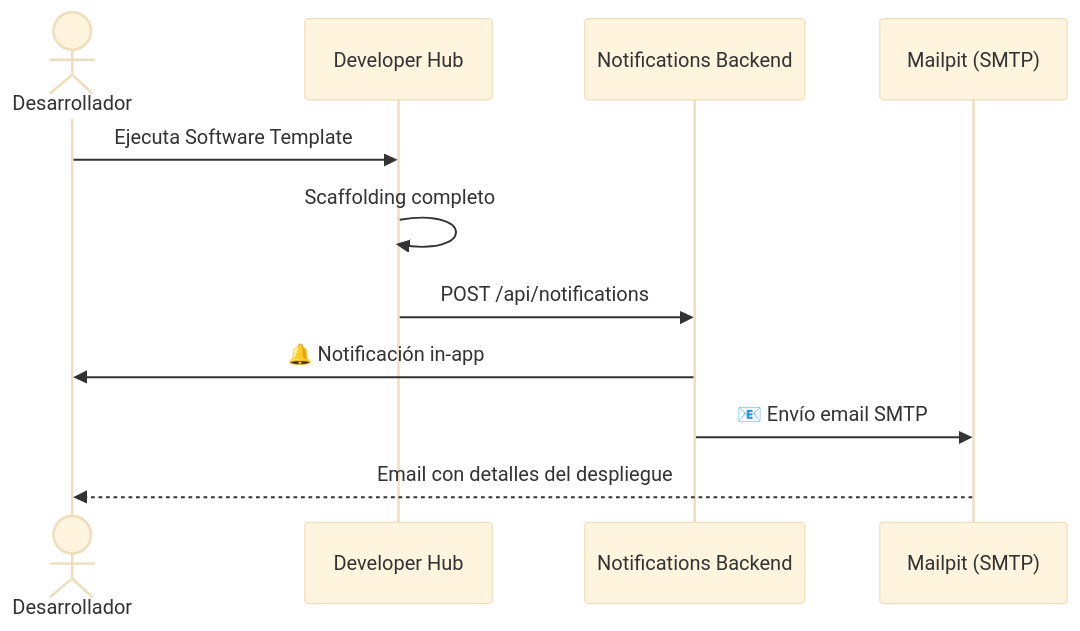
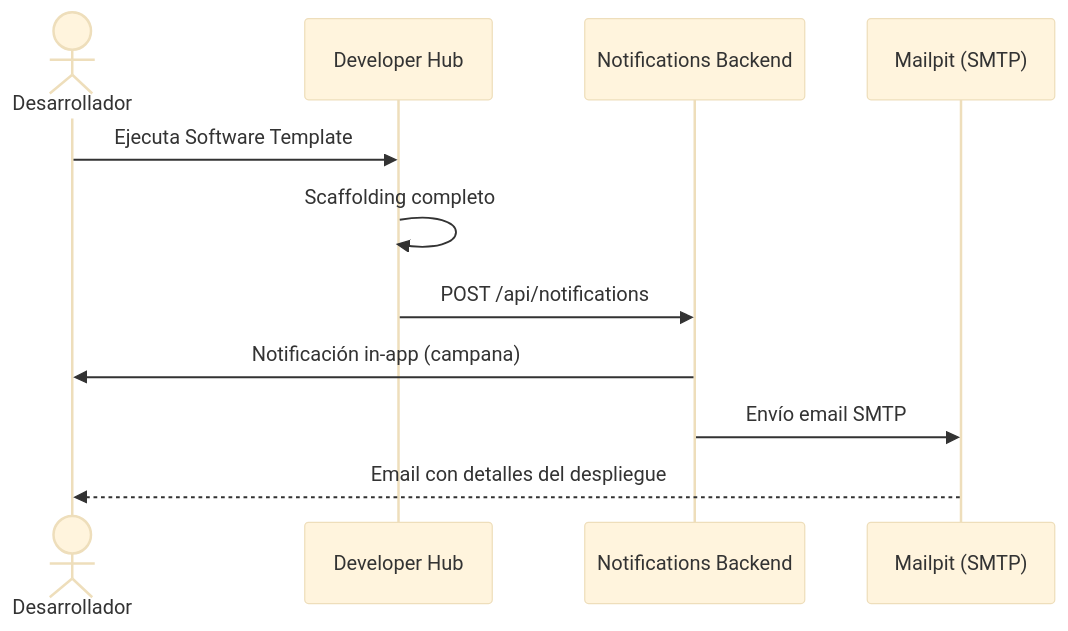
One commit to maximilianoPizarro/from-3scale-to-connectivity-link changed the second of 2 diagrams in docs/09-lightspeed-notifications.md. Above: the diagram before and after it, drawn with Mermaid (base theme). The commit also changed other lines of this file and 21 other files, not shown here.

````diff
--- a/docs/09-lightspeed-notifications.md
+++ b/docs/09-lightspeed-notifications.md
@@ -181,14 +97,14 @@
 ```mermaid
 sequenceDiagram
     actor Dev as Desarrollador
     participant Hub as Developer Hub
     participant Notif as Notifications Backend
     participant Mail as Mailpit (SMTP)
 
     Dev->>Hub: Ejecuta Software Template
     Hub->>Hub: Scaffolding completo
     Hub->>Notif: POST /api/notifications
-    Notif->>Dev: 🔔 Notificación in-app
-    Notif->>Mail: 📧 Envío email SMTP
+    Notif->>Dev: Notificación in-app (campana)
+    Notif->>Mail: Envío email SMTP
     Mail-->>Dev: Email con detalles del despliegue
 ```
````
